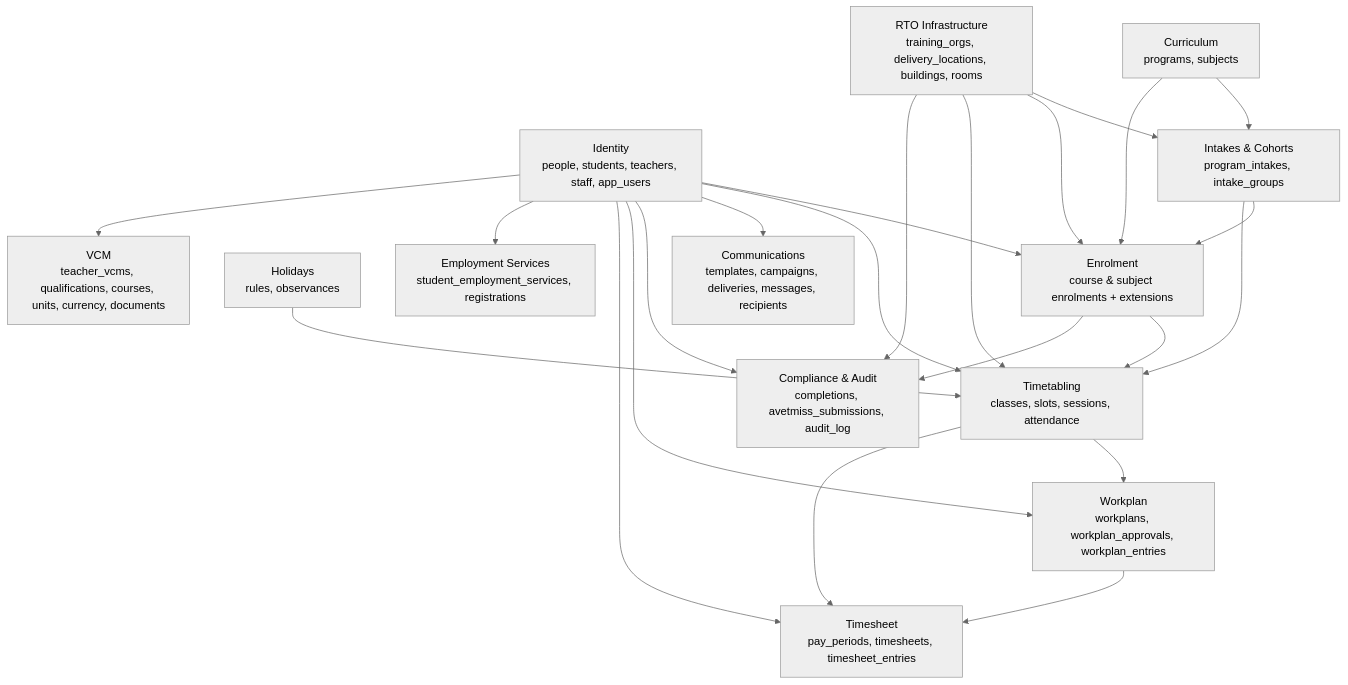
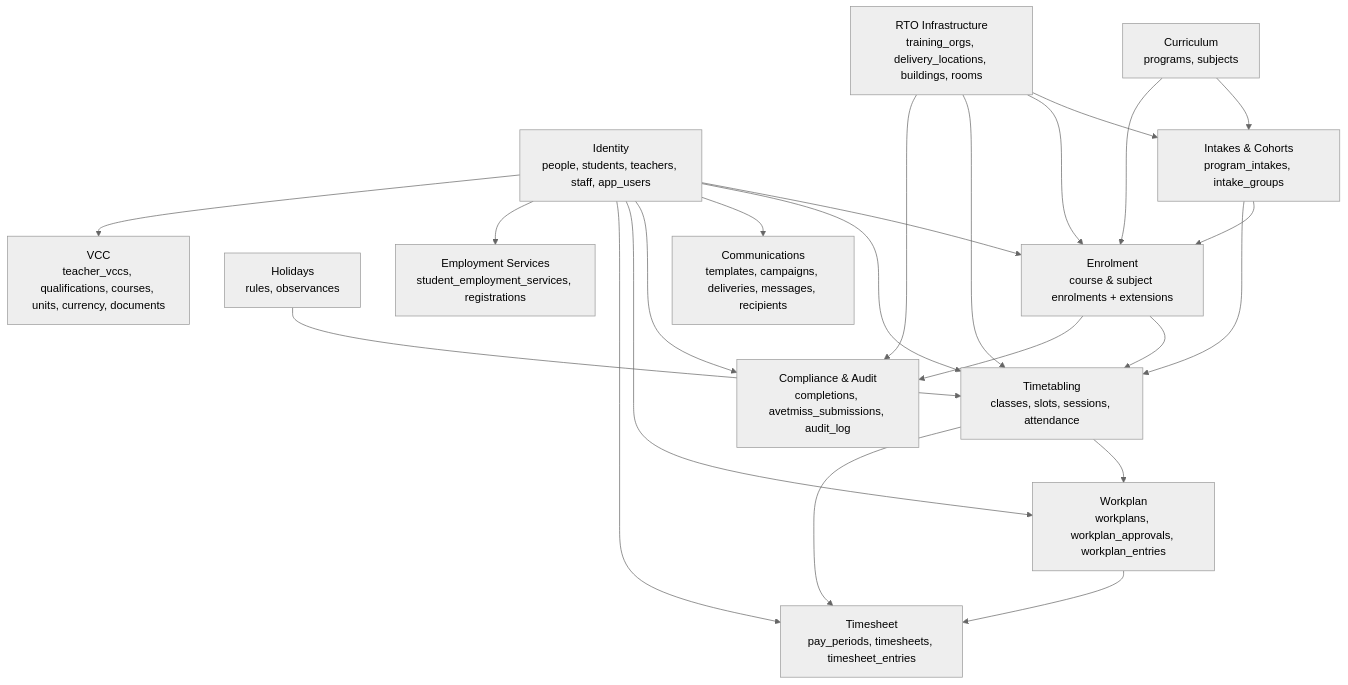
One commit to harleycalvert/nvims changed the first of 14 diagrams in docs/DATABASE.md. Above: the diagram before and after it, drawn with Mermaid (neutral theme). The commit also changed other lines of this file, not shown here.

Commit message:
changed VCM to VCC (Vocational Competency & Currency)

````diff
--- a/docs/DATABASE.md
+++ b/docs/DATABASE.md
@@ -103,39 +103,39 @@
 ```mermaid
 graph TD
     P[Identity<br/>people, students, teachers, staff, app_users]
     C[Curriculum<br/>programs, subjects]
     IC[Intakes & Cohorts<br/>program_intakes, intake_groups]
     E[Enrolment<br/>course & subject enrolments + extensions]
     I[RTO Infrastructure<br/>training_orgs, delivery_locations, buildings, rooms]
     T[Timetabling<br/>classes, slots, sessions, attendance]
     H[Holidays<br/>rules, observances]
     M[Communications<br/>templates, campaigns, deliveries, messages, recipients]
     A[Compliance & Audit<br/>completions, avetmiss_submissions, audit_log]
     W[Workplan<br/>workplans, workplan_approvals, workplan_entries]
     S[Timesheet<br/>pay_periods, timesheets, timesheet_entries]
     ES[Employment Services<br/>student_employment_services, registrations]
-    V[VCM<br/>teacher_vcms, qualifications, courses, units, currency, documents]
+    V[VCC<br/>teacher_vccs, qualifications, courses, units, currency, documents]
 
     P --> E
     C --> IC
     I --> IC
     IC --> E
     IC --> T
     C --> E
     I --> E
     E --> T
     P --> T
     I --> T
     H --> T
     P --> M
     E --> A
     P --> A
     I --> A
     P --> W
     T --> W
     P --> S
     T --> S
     W --> S
     P --> ES
     P --> V
 ```
````
